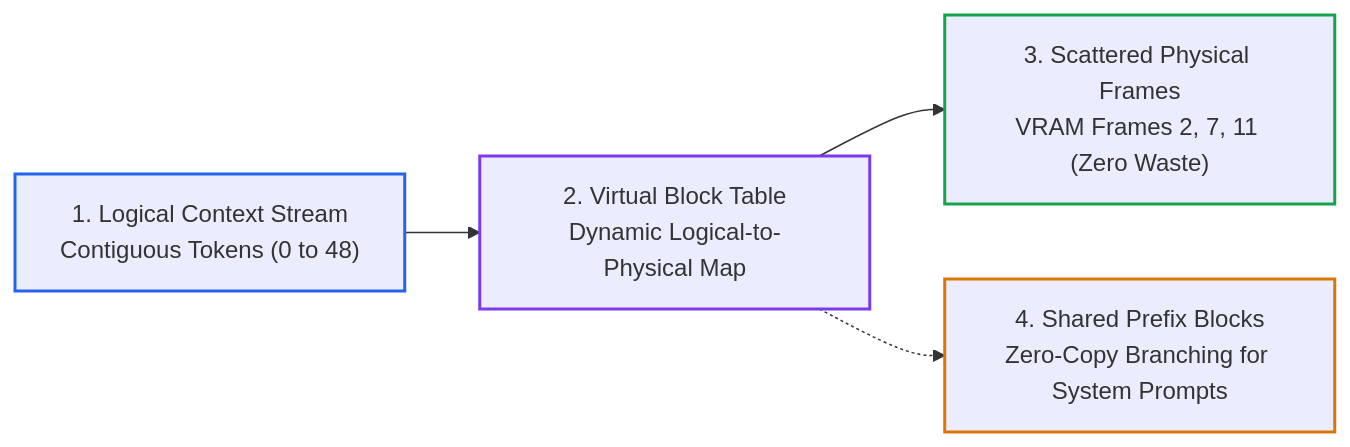
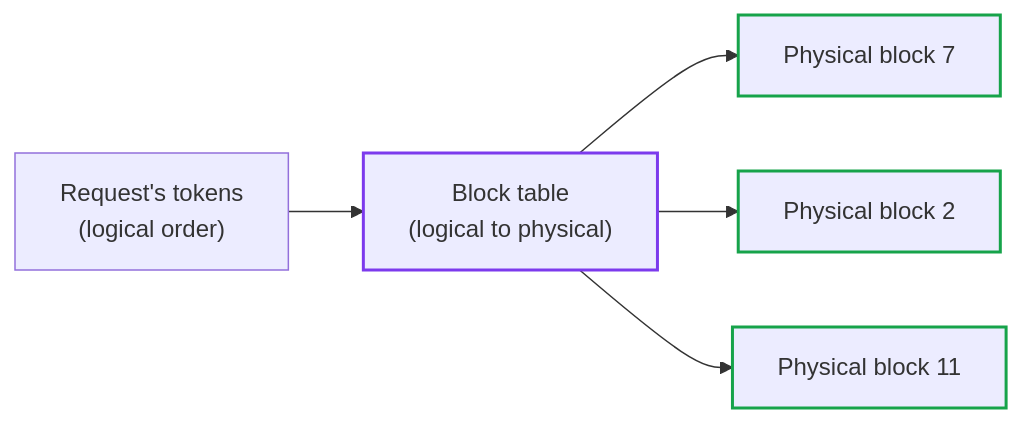
One commit to dip4k/senior-engineer-to-ai-engineer-roadmap changed the second of 2 diagrams in 00-foundations-and-token-mechanics/03-kv-cache-vram-and-bandwidth-physics.md. Above: the diagram before and after it, drawn with Mermaid. The commit also changed other lines of this file and 49 other files, not shown here.

````diff
--- a/00-foundations-and-token-mechanics/03-kv-cache-vram-and-bandwidth-physics.md
+++ b/00-foundations-and-token-mechanics/03-kv-cache-vram-and-bandwidth-physics.md
@@ -249,11 +155,12 @@
 ```mermaid
 flowchart LR
-    L_REQ["1. Logical Context Stream<br>Contiguous Tokens (0 to 48)"] --> PT["2. Virtual Block Table<br>Dynamic Logical-to-Physical Map"]
-    PT --> P_MEM["3. Scattered Physical Frames<br>VRAM Frames 2, 7, 11 (Zero Waste)"]
-    PT -.-> COW["4. Shared Prefix Blocks<br>Zero-Copy Branching for System Prompts"]
+    R["Request's tokens<br>(logical order)"] --> T["Block table<br>(logical to physical)"]
+    T --> B1["Physical block 7"]
+    T --> B2["Physical block 2"]
+    T --> B3["Physical block 11"]
 
-    style L_REQ stroke:#2563eb,stroke-width:2px
-    style PT stroke:#7c3aed,stroke-width:2px
-    style P_MEM stroke:#16a34a,stroke-width:2px
-    style COW stroke:#d97706,stroke-width:2px
+    style T stroke:#7c3aed,stroke-width:2px
+    style B1 stroke:#16a34a,stroke-width:2px
+    style B2 stroke:#16a34a,stroke-width:2px
+    style B3 stroke:#16a34a,stroke-width:2px
 ```
````
